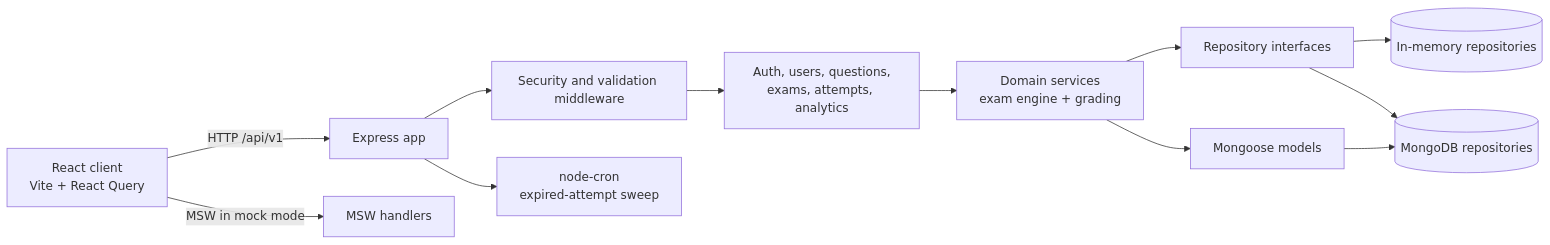
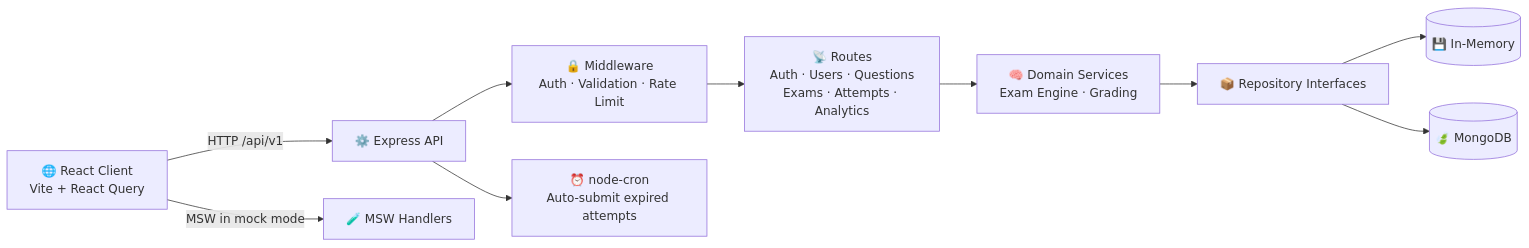
One commit to PramanWalia/examguard changed the diagram in README.md. Above: the diagram before and after it, drawn with Mermaid. The commit also changed other lines of this file, not shown here.

````diff
--- a/README.md
+++ b/README.md
@@ -27,14 +108,12 @@
 ```mermaid
 flowchart LR
-    Browser[React client<br/>Vite + React Query] -->|HTTP /api/v1| API[Express app]
-    Browser -->|MSW in mock mode| Mock[MSW handlers]
-    API --> Middleware[Security and validation middleware]
-    Middleware --> Routes[Auth, users, questions,<br/>exams, attempts, analytics]
-    Routes --> Services[Domain services<br/>exam engine + grading]
-    Services --> Repos[Repository interfaces]
-    Repos --> Memory[(In-memory repositories)]
-    Repos --> Mongo[(MongoDB repositories)]
-    API --> Jobs[node-cron<br/>expired-attempt sweep]
-    Services --> Models[Mongoose models]
-    Models --> Mongo
+    Browser["🌐 React Client<br/>Vite + React Query"] -->|HTTP /api/v1| API["⚙️ Express API"]
+    Browser -->|MSW in mock mode| Mock["🧪 MSW Handlers"]
+    API --> MW["🔒 Middleware<br/>Auth · Validation · Rate Limit"]
+    MW --> Routes["📡 Routes<br/>Auth · Users · Questions<br/>Exams · Attempts · Analytics"]
+    Routes --> Services["🧠 Domain Services<br/>Exam Engine · Grading"]
+    Services --> Repos["📦 Repository Interfaces"]
+    Repos --> Memory[("💾 In-Memory")]
+    Repos --> Mongo[("🍃 MongoDB")]
+    API --> Jobs["⏰ node-cron<br/>Auto-submit expired attempts"]
 ```
````
